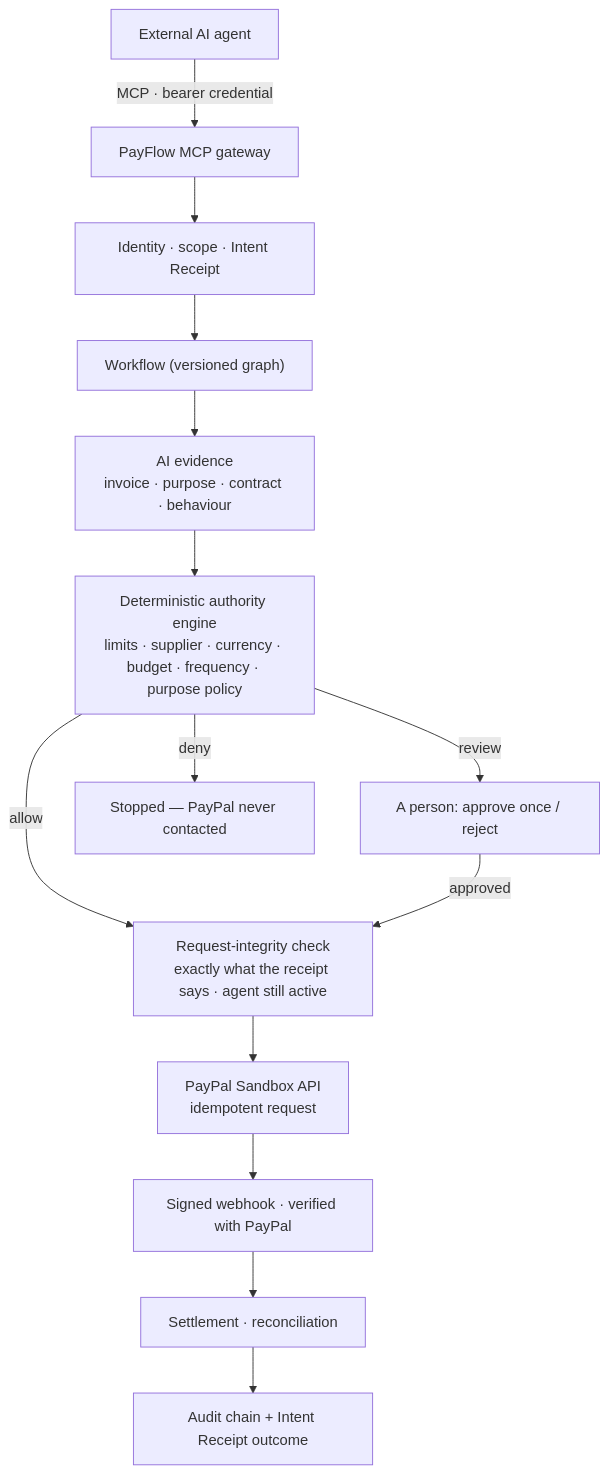
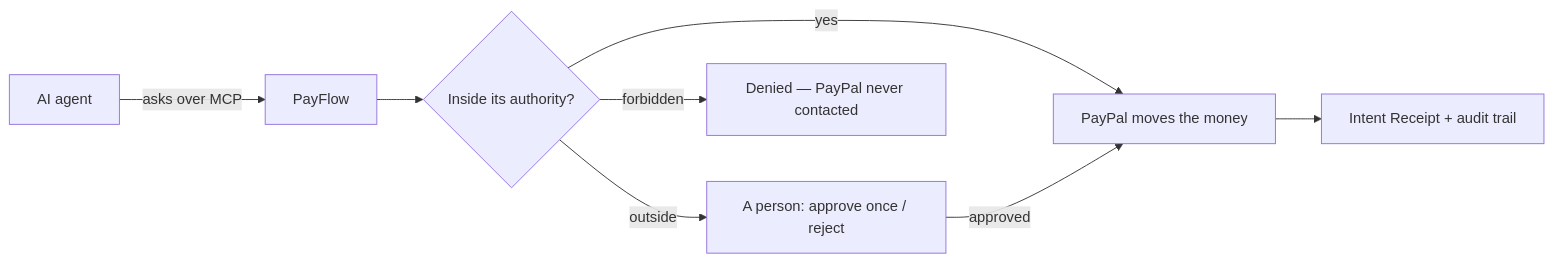
One commit to LISK819129/Payflow changed the diagram in README.md. Above: the diagram before and after it, drawn with Mermaid. The commit also changed other lines of this file and 97 other files, not shown here.

````diff
--- a/README.md
+++ b/README.md
@@ -78,16 +56,10 @@
 ```mermaid
-flowchart TD
-    A["External AI agent"] -->|"MCP · bearer credential"| B["PayFlow MCP gateway"]
-    B --> C["Identity · scope · Intent Receipt"]
-    C --> D["Workflow (versioned graph)"]
-    D --> E["AI evidence<br/>invoice · purpose · contract · behaviour"]
-    E --> F["Deterministic authority engine<br/>limits · supplier · currency · budget · frequency · purpose policy"]
-    F -->|allow| H["Request-integrity check<br/>exactly what the receipt says · agent still active"]
-    F -->|review| G["A person: approve once / reject"]
-    F -->|deny| X["Stopped — PayPal never contacted"]
-    G -->|approved| H
-    H --> I["PayPal Sandbox API<br/>idempotent request"]
-    I --> J["Signed webhook · verified with PayPal"]
-    J --> K["Settlement · reconciliation"]
-    K --> L["Audit chain + Intent Receipt outcome"]
+flowchart LR
+    A["AI agent"] -->|"asks over MCP"| B["PayFlow"]
+    B --> C{"Inside its authority?"}
+    C -->|"yes"| P["PayPal moves the money"]
+    C -->|"outside"| H["A person: approve once / reject"]
+    C -->|"forbidden"| X["Denied — PayPal never contacted"]
+    H -->|"approved"| P
+    P --> R["Intent Receipt + audit trail"]
 ```
````
